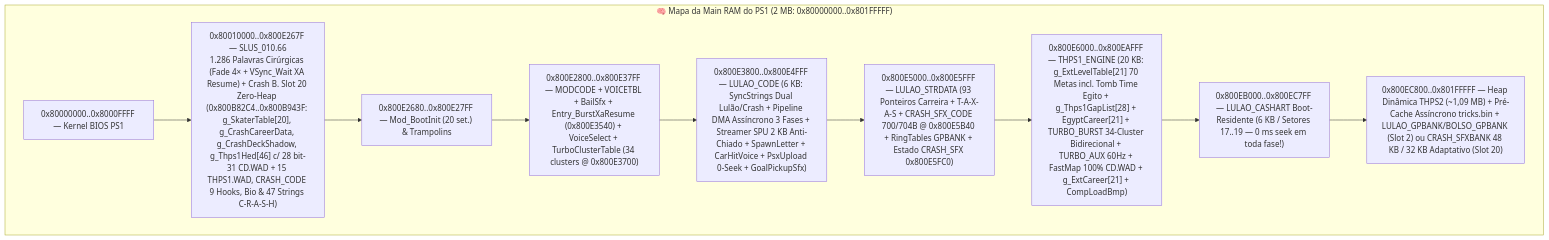
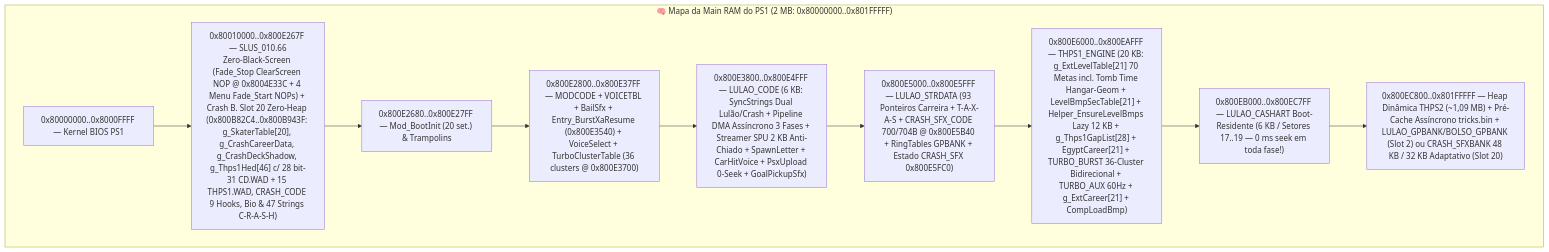
The eighth of 8 diagrams in HISTORIA_DO_PROJETO_THPS2_MOD.md (WagnerxOliveira/Tony_Hawk-s_Pro_Skater_2_Mod_PSX), drawn with Mermaid before and after one commit. The commit also changed other lines of this file and 9 other files, not shown here.

Commit message:
feat: Tomb Time em geometria exata do Hangar (paleta arenito dessaturada + colisao estanque) e zero tela preta + LevelSel on-demand instantaneo

````diff
--- a/HISTORIA_DO_PROJETO_THPS2_MOD.md
+++ b/HISTORIA_DO_PROJETO_THPS2_MOD.md
@@ -979,15 +1033,15 @@
 ```mermaid
 flowchart TB
     subgraph RAM["🧠 Mapa da Main RAM do PS1 (2 MB: 0x80000000..0x801FFFFF)"]
         K["0x80000000..0x8000FFFF — Kernel BIOS PS1"]
-        E["0x80010000..0x800E267F — SLUS_010.66<br/>1.286 Palavras Cirúrgicas (Fade 4× + VSync_Wait XA Resume) + Crash B. Slot 20 Zero-Heap (0x800B82C4..0x800B943F: g_SkaterTable[20], g_CrashCareerData, g_CrashDeckShadow, g_Thps1Hed[46] c/ 28 bit-31 CD.WAD + 15 THPS1.WAD, CRASH_CODE 9 Hooks, Bio & 47 Strings C-R-A-S-H)"]
+        E["0x80010000..0x800E267F — SLUS_010.66<br/>Zero-Black-Screen (Fade_Stop ClearScreen NOP @ 0x8004E33C + 4 Menu Fade_Start NOPs) + Crash B. Slot 20 Zero-Heap (0x800B82C4..0x800B943F: g_SkaterTable[20], g_CrashCareerData, g_CrashDeckShadow, g_Thps1Hed[46] c/ 28 bit-31 CD.WAD + 15 THPS1.WAD, CRASH_CODE 9 Hooks, Bio & 47 Strings C-R-A-S-H)"]
         B["0x800E2680..0x800E27FF — Mod_BootInit (20 set.) & Trampolins"]
-        M["0x800E2800..0x800E37FF — MODCODE + VOICETBL + BailSfx + Entry_BurstXaResume (0x800E3540) + VoiceSelect + TurboClusterTable (34 clusters @ 0x800E3700)"]
+        M["0x800E2800..0x800E37FF — MODCODE + VOICETBL + BailSfx + Entry_BurstXaResume (0x800E3540) + VoiceSelect + TurboClusterTable (36 clusters @ 0x800E3700)"]
         L["0x800E3800..0x800E4FFF — LULAO_CODE (6 KB: SyncStrings Dual Lulão/Crash + Pipeline DMA Assíncrono 3 Fases + Streamer SPU 2 KB Anti-Chiado + SpawnLetter + CarHitVoice + PsxUpload 0-Seek + GoalPickupSfx)"]
         S["0x800E5000..0x800E5FFF — LULAO_STRDATA (93 Ponteiros Carreira + T-A-X-A-S + CRASH_SFX_CODE 700/704B @ 0x800E5B40 + RingTables GPBANK + Estado CRASH_SFX 0x800E5FC0)"]
-        T["0x800E6000..0x800EAFFF — THPS1_ENGINE (20 KB: g_ExtLevelTable[21] 70 Metas incl. Tomb Time Egito + g_Thps1GapList[28] + EgyptCareer[21] + TURBO_BURST 34-Cluster Bidirecional + TURBO_AUX 60Hz + FastMap 100% CD.WAD + g_ExtCareer[21] + CompLoadBmp)"]
+        T["0x800E6000..0x800EAFFF — THPS1_ENGINE (20 KB: g_ExtLevelTable[21] 70 Metas incl. Tomb Time Hangar-Geom + LevelBmpSecTable[21] + Helper_EnsureLevelBmps Lazy 12 KB + g_Thps1GapList[28] + EgyptCareer[21] + TURBO_BURST 36-Cluster Bidirecional + TURBO_AUX 60Hz + g_ExtCareer[21] + CompLoadBmp)"]
         C["0x800EB000..0x800EC7FF — LULAO_CASHART Boot-Residente (6 KB / Setores 17..19 — 0 ms seek em toda fase!)"]
         H["0x800EC800..0x801FFFFF — Heap Dinâmica THPS2 (~1,09 MB) + Pré-Cache Assíncrono tricks.bin + LULAO_GPBANK/BOLSO_GPBANK (Slot 2) ou CRASH_SFXBANK 48 KB / 32 KB Adaptativo (Slot 20)"]
     end
     K --> E --> B --> M --> L --> S --> T --> C --> H
 ```
````
